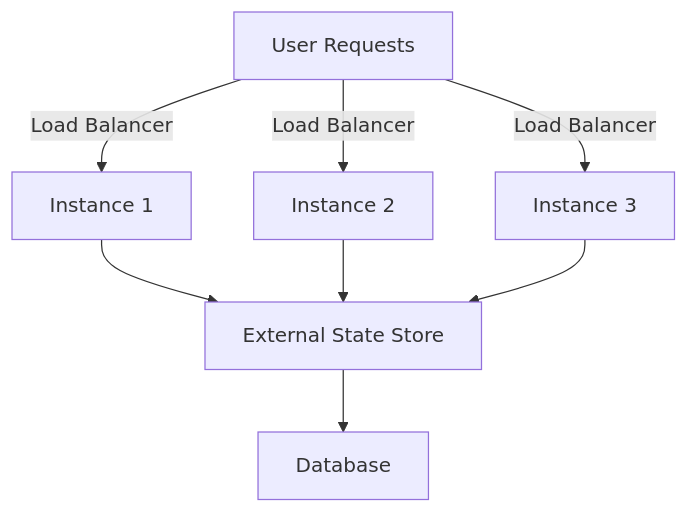
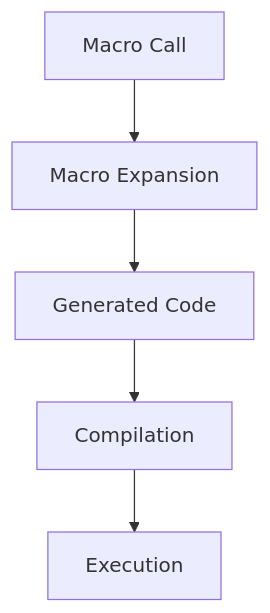
Before and after one commit to MasteryEducation/SoftwarePatternsLexicon.com: the diagram in content/patterns-clojure/19/4/index.md, drawn with Mermaid. The commit also changed other lines of this file and 462 other files, not shown here.

````diff
--- a/content/patterns-clojure/19/4/index.md
+++ b/content/patterns-clojure/19/4/index.md
@@ -120,10 +147,7 @@
 ```mermaid
 graph TD;
-    A[User Requests] -->|Load Balancer| B[Instance 1];
-    A -->|Load Balancer| C[Instance 2];
-    A -->|Load Balancer| D[Instance 3];
-    B --> E[External State Store];
-    C --> E;
-    D --> E;
-    E --> F[Database];
+    A[Macro Call] --> B[Macro Expansion];
+    B --> C[Generated Code];
+    C --> D[Compilation];
+    D --> E[Execution];
 ```
````
